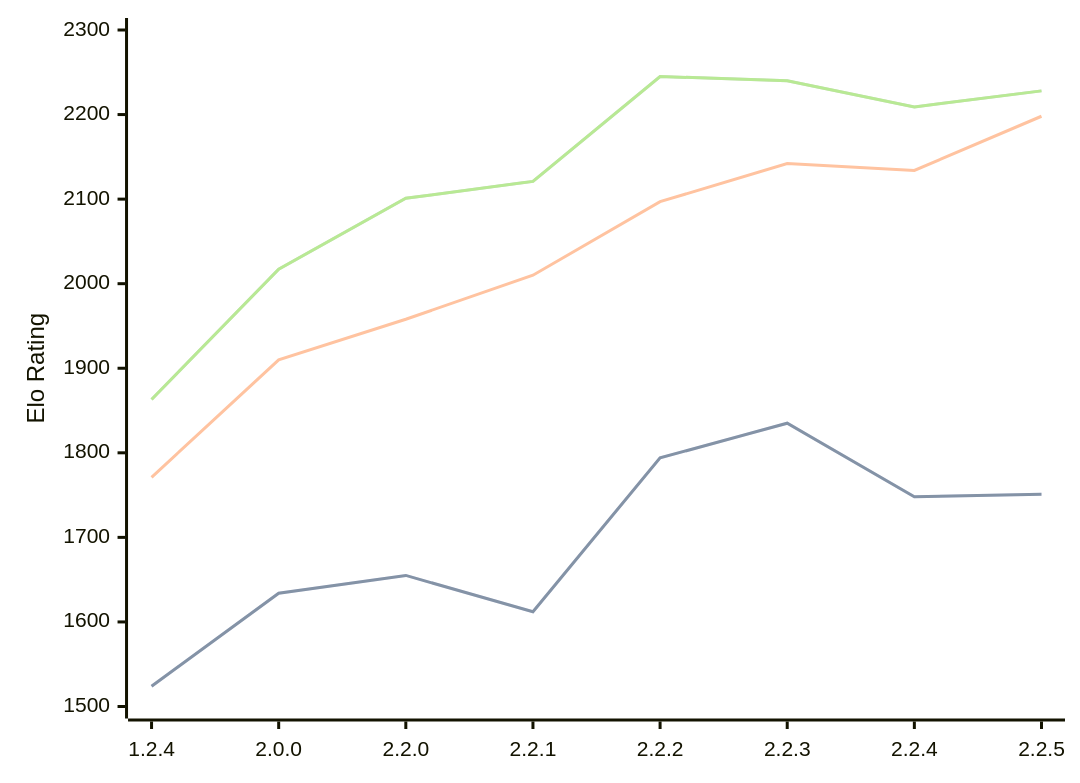
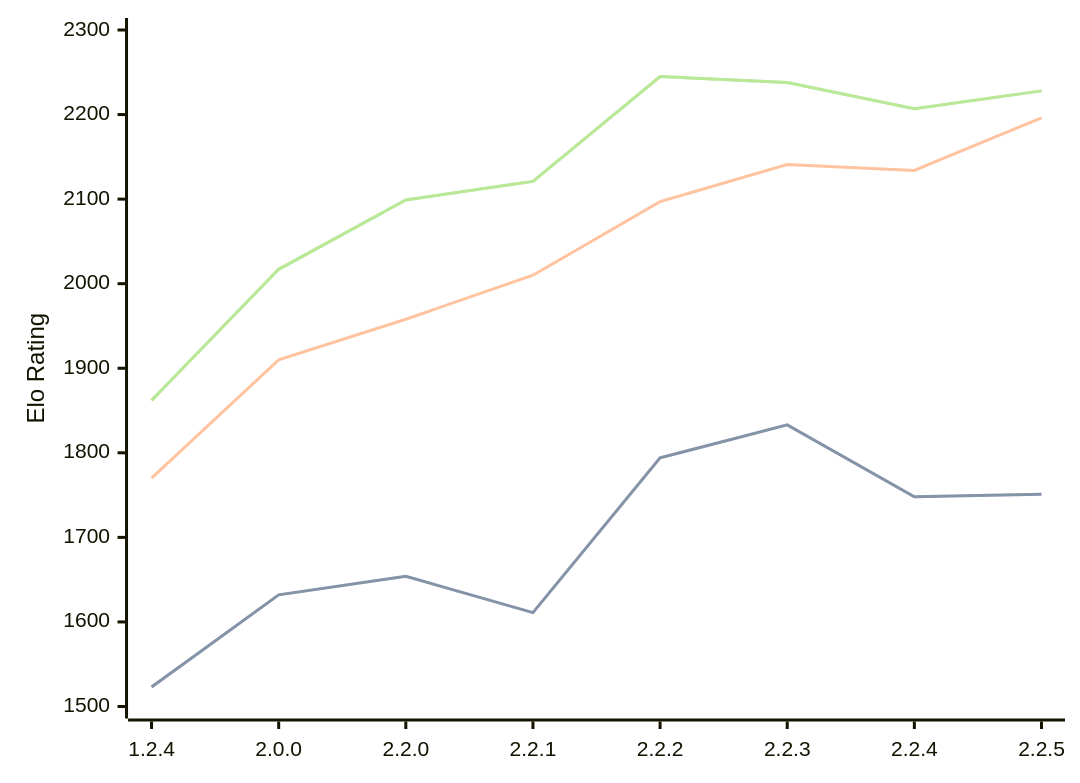
The diagram in engines/Kreveta.md (computer-chess-index/cci), drawn with Mermaid before and after one commit. The commit also changed other lines of this file, not shown here.

Commit message:
Update CCI Ratings (ELO VLTC) - 2026-03-23

````diff
--- a/engines/Kreveta.md
+++ b/engines/Kreveta.md
@@ -41,11 +41,11 @@
 ```mermaid
 %%{init: {"theme":"base","themeVariables":{"seriesColors:['#a3a3a3','#222221','#faa371']}}}%%
 xychart-beta
   x-axis ["1.2.4", "2.0.0", "2.2.0", "2.2.1", "2.2.2", "2.2.3", "2.2.4", "2.2.5"]
   y-axis "Elo Rating" 1500 --> 2300
-  line "STC (8.0+0.08s)" [1524, 1634, 1655, 1612, 1794, 1835, 1748, 1751]
-  line "STC (8.0+0.08s)" [1524, 1634, 1655, 1612, 1794, 1835, 1748, 1751]
-  line "LTC (60.0+0.60s)" [1771, 1910, 1958, 2010, 2097, 2142, 2134, 2198]
-  line "VLTC (2m24s+1.12s)" [1863, 2017, 2101, 2121, 2245, 2240, 2209, 2228]
-  line "VLTC (2m24s+1.12s)" [1863, 2017, 2101, 2121, 2245, 2240, 2209, 2228]
+  line "STC (8.0+0.08s)" [1523, 1632, 1654, 1611, 1794, 1833, 1748, 1751]
+  line "STC (8.0+0.08s)" [1523, 1632, 1654, 1611, 1794, 1833, 1748, 1751]
+  line "LTC (60.0+0.60s)" [1770, 1910, 1958, 2010, 2097, 2141, 2134, 2196]
+  line "VLTC (2m24s+1.12s)" [1862, 2017, 2099, 2121, 2245, 2238, 2207, 2228]
+  line "VLTC (2m24s+1.12s)" [1862, 2017, 2099, 2121, 2245, 2238, 2207, 2228]
 ```
````
